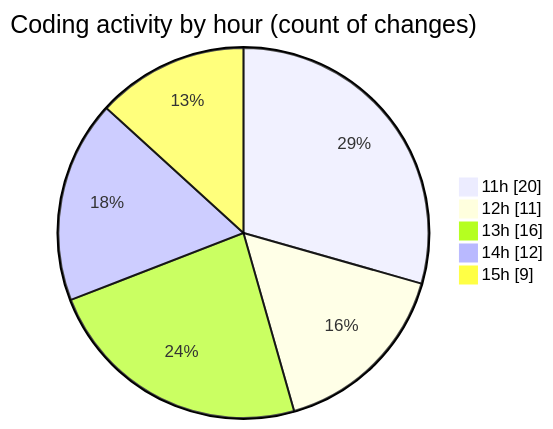
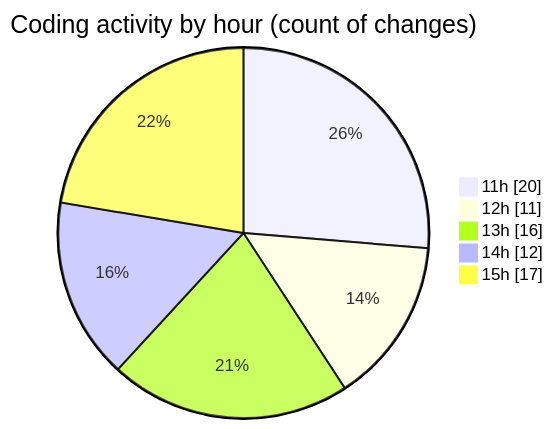
Before and after one commit to nxtqubesakshisongat/code-tracking: the second of 2 diagrams in 2025-09-24/nxtqube_webapp/README.md, drawn with Mermaid. The commit also changed other lines of this file and 1 other file, not shown here.

````diff
--- a/2025-09-24/nxtqube_webapp/README.md
+++ b/2025-09-24/nxtqube_webapp/README.md
@@ -32,9 +32,9 @@
 ```mermaid
 pie showData
 title Coding activity by hour (count of changes)
 "11h" : 20
 "12h" : 11
 "13h" : 16
 "14h" : 12
-"15h" : 9
+"15h" : 17
 ```
````
